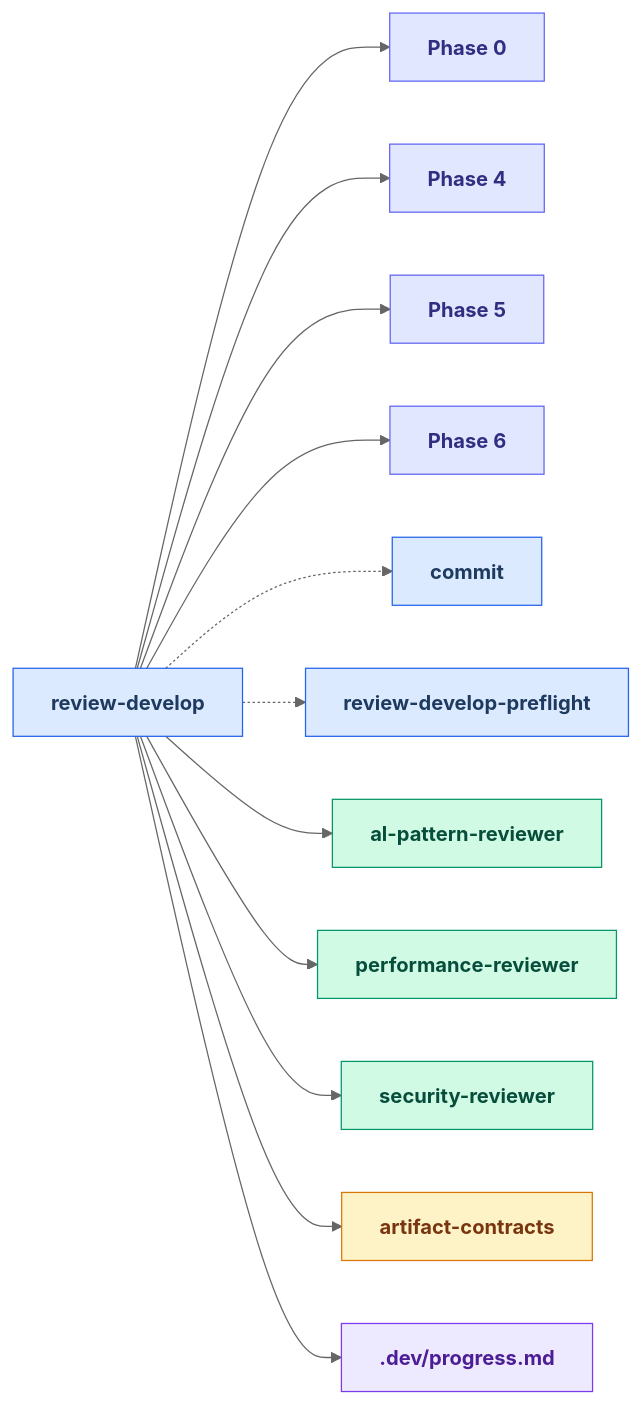
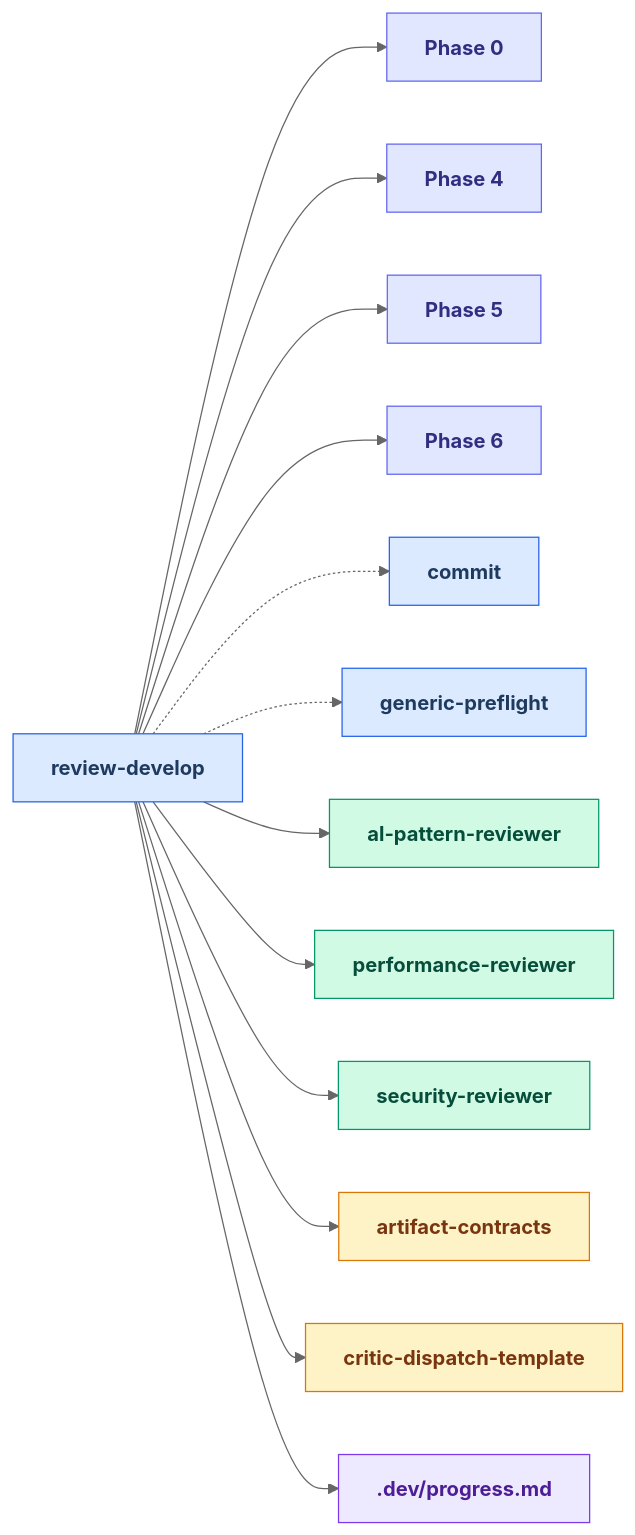
Before and after one commit to russell-laing/al-dev-shared: diagram 11 of 24 in docs/skills_map.md, drawn with Mermaid (neutral theme). The commit also changed other lines of this file, not shown here.

First line of the commit message:
📝 docs(skills-map): sync Layer 2 drilldowns with current skill set

````diff
--- a/docs/skills_map.md
+++ b/docs/skills_map.md
@@ -631,46 +569,49 @@
 ```mermaid
 flowchart LR
     classDef skillNode fill:#dbeafe,stroke:#2563eb,color:#1e3a5f,font-weight:bold
     classDef agentNode fill:#d1fae5,stroke:#059669,color:#064e3b,font-weight:bold
     classDef knowledgeNode fill:#fef3c7,stroke:#d97706,color:#78350f,font-weight:bold
     classDef artifactNode fill:#ede9fe,stroke:#7c3aed,color:#4c1d95,font-weight:bold
     classDef phaseNode fill:#e0e7ff,stroke:#6366f1,color:#312e81,font-weight:bold
 
     skill_review_develop[review-develop]
     Phase0["Phase 0"]
     Phase4["Phase 4"]
     Phase5["Phase 5"]
     Phase6["Phase 6"]
     skill_commit[commit]
-    skill_review_develop_preflight[review-develop-preflight]
+    skill_generic_preflight[generic-preflight]
     agent_al_pattern_reviewer[al-pattern-reviewer]
     agent_performance_reviewer[performance-reviewer]
     agent_security_reviewer[security-reviewer]
     knowledge_artifact_contracts_md[artifact-contracts]
+    knowledge_critic_dispatch_template_md[critic-dispatch-template]
     artifact_progress_md[.dev/progress.md]
 
     skill_review_develop --> Phase0
     skill_review_develop --> Phase4
     skill_review_develop --> Phase5
     skill_review_develop --> Phase6
     skill_review_develop -.-> skill_commit
-    skill_review_develop -.-> skill_review_develop_preflight
+    skill_review_develop -.-> skill_generic_preflight
     skill_review_develop --> agent_al_pattern_reviewer
     skill_review_develop --> agent_performance_reviewer
     skill_review_develop --> agent_security_reviewer
     skill_review_develop --> knowledge_artifact_contracts_md
+    skill_review_develop --> knowledge_critic_dispatch_template_md
     skill_review_develop --> artifact_progress_md
 
     class skill_review_develop skillNode
     class Phase0 phaseNode
     class Phase4 phaseNode
     class Phase5 phaseNode
     class Phase6 phaseNode
     class skill_commit skillNode
-    class skill_review_develop_preflight skillNode
+    class skill_generic_preflight skillNode
     class agent_al_pattern_reviewer agentNode
     class agent_performance_reviewer agentNode
     class agent_security_reviewer agentNode
     class knowledge_artifact_contracts_md knowledgeNode
+    class knowledge_critic_dispatch_template_md knowledgeNode
     class artifact_progress_md artifactNode
 ```
````
